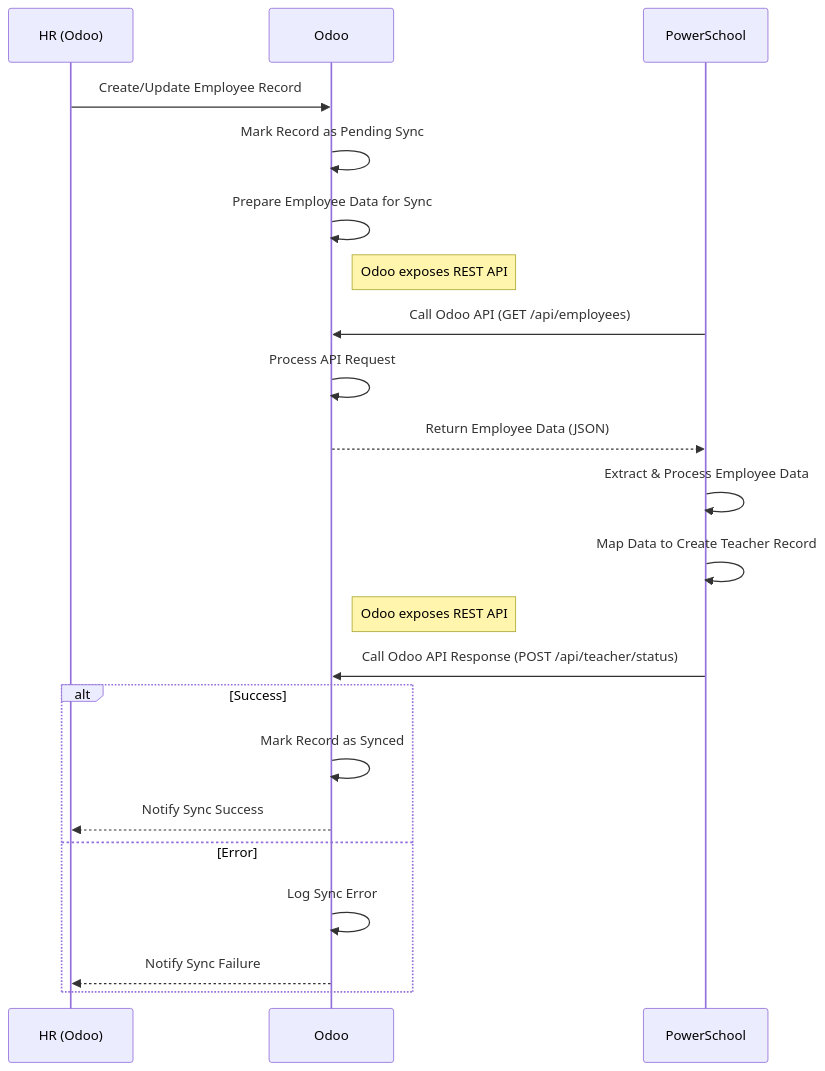
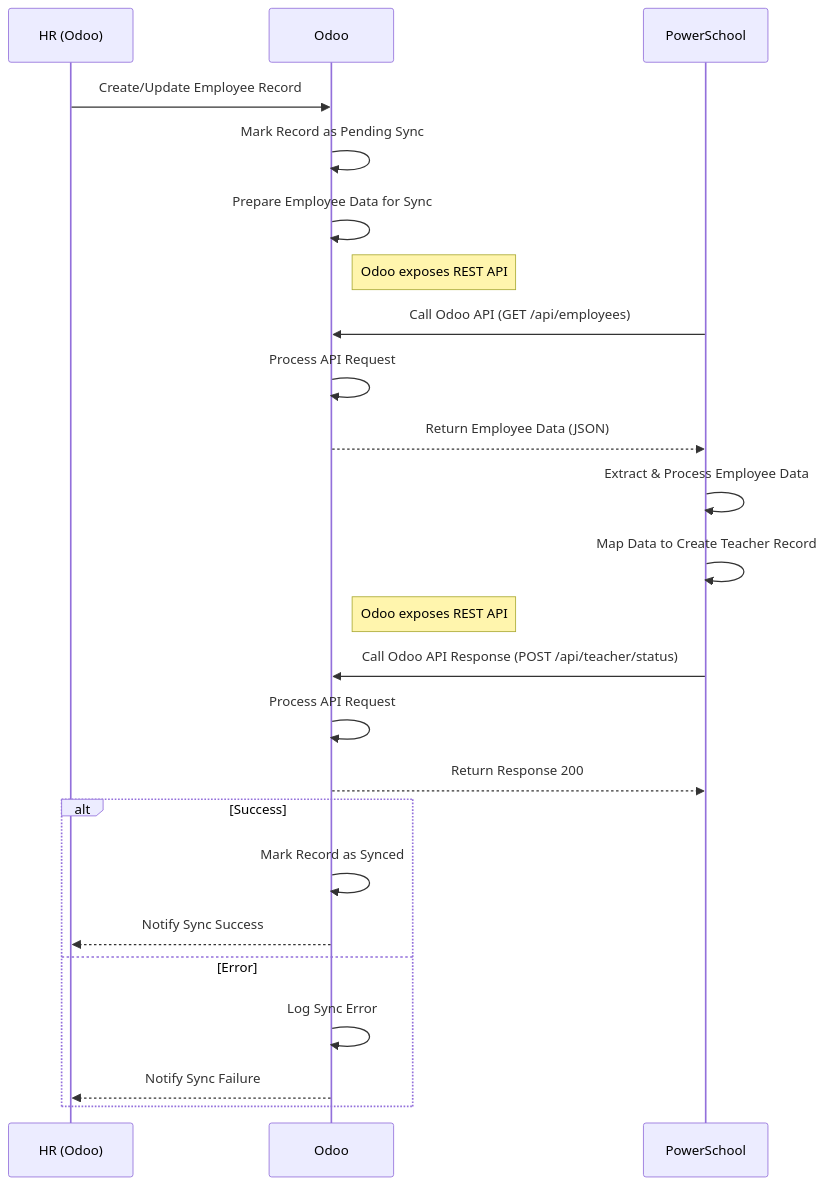
Before and after one commit to kamalyui9/lincoln_school: the diagram in Odoo API.md, drawn with Mermaid.

Commit message:
Update Odoo API.md

````diff
--- a/Odoo API.md
+++ b/Odoo API.md
@@ -6,28 +6,31 @@
 ```mermaid
 sequenceDiagram
     participant Admin as HR (Odoo)
     participant Odoo as Odoo
     participant PowerSchool as PowerSchool
 
     Admin->>Odoo: Create/Update Employee Record
     Odoo->>Odoo: Mark Record as Pending Sync
     Odoo->>Odoo: Prepare Employee Data for Sync
     Note right of Odoo: Odoo exposes REST API
 
     PowerSchool->>Odoo: Call Odoo API (GET /api/employees)
     Odoo->>Odoo: Process API Request
     Odoo-->>PowerSchool: Return Employee Data (JSON)
     
     PowerSchool->>PowerSchool: Extract & Process Employee Data
     PowerSchool->>PowerSchool: Map Data to Create Teacher Record
     Note right of Odoo: Odoo exposes REST API
+
     PowerSchool->>Odoo: Call Odoo API Response (POST /api/teacher/status)
+    Odoo->>Odoo: Process API Request
+    Odoo-->>PowerSchool: Return Response 200
 
     alt Success
         Odoo->>Odoo: Mark Record as Synced
         Odoo-->>Admin: Notify Sync Success
     else Error
         Odoo->>Odoo: Log Sync Error
         Odoo-->>Admin: Notify Sync Failure
     end
 ```
````
